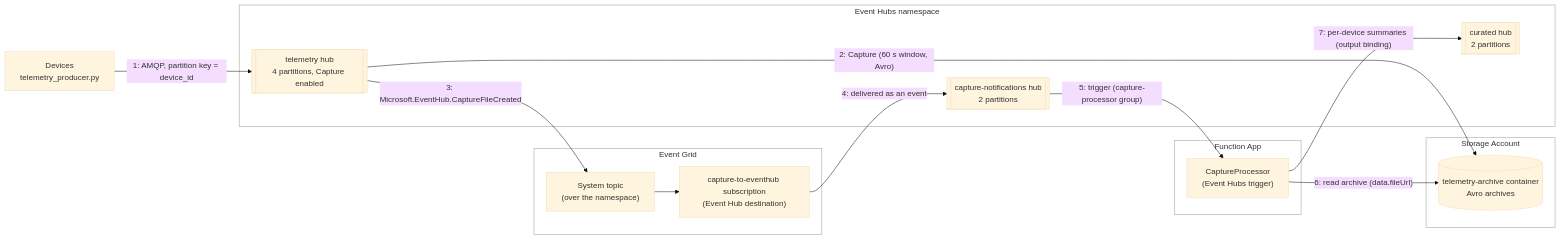
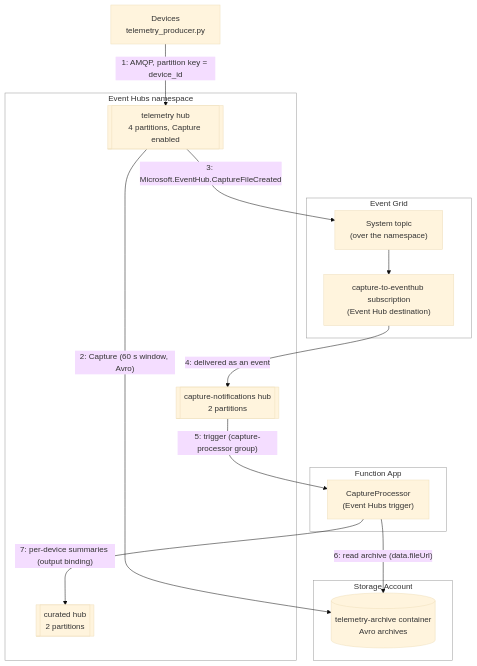
One commit to localstack/localstack-azure-samples changed the diagram in samples/eventhubs-eventgrid/python/README.md. Above: the diagram before and after it, drawn with Mermaid (base theme).

Commit message:
Lay out the eventhubs-eventgrid diagram top-to-bottom
The 7-step pipeline rendered as a ~6:1 wide ribbon in left-to-right
orientation, making labels unreadably small at page width. Top-to-bottom
gives a near-square aspect with full-size text, matching the vertical
flow of the original ASCII drawing.

````diff
--- a/samples/eventhubs-eventgrid/python/README.md
+++ b/samples/eventhubs-eventgrid/python/README.md
@@ -16,37 +16,37 @@
 ```mermaid
-flowchart LR
+flowchart TB
     devices["Devices<br/>telemetry_producer.py"]
 
     subgraph ehns["Event Hubs namespace"]
         telemetry[["telemetry hub<br/>4 partitions, Capture enabled"]]
         notifications[["capture-notifications hub<br/>2 partitions"]]
         curated[["curated hub<br/>2 partitions"]]
     end
 
     subgraph storage["Storage Account"]
         archive[("telemetry-archive container<br/>Avro archives")]
     end
 
     subgraph eventgrid["Event Grid"]
         topic["System topic<br/>(over the namespace)"]
         subscription["capture-to-eventhub subscription<br/>(Event Hub destination)"]
     end
 
     subgraph funcapp["Function App"]
         processor["CaptureProcessor<br/>(Event Hubs trigger)"]
     end
 
     devices -->|"1: AMQP, partition key = device_id"| telemetry
     telemetry -->|"2: Capture (60 s window, Avro)"| archive
     telemetry -->|"3: Microsoft.EventHub.CaptureFileCreated"| topic
     topic --> subscription
     subscription -->|"4: delivered as an event"| notifications
     notifications -->|"5: trigger (capture-processor group)"| processor
     processor -->|"6: read archive (data.fileUrl)"| archive
     processor -->|"7: per-device summaries (output binding)"| curated
 
     style ehns fill:#ffffff,stroke:#999999,color:#333333
     style storage fill:#ffffff,stroke:#999999,color:#333333
     style eventgrid fill:#ffffff,stroke:#999999,color:#333333
     style funcapp fill:#ffffff,stroke:#999999,color:#333333
 ```
````
